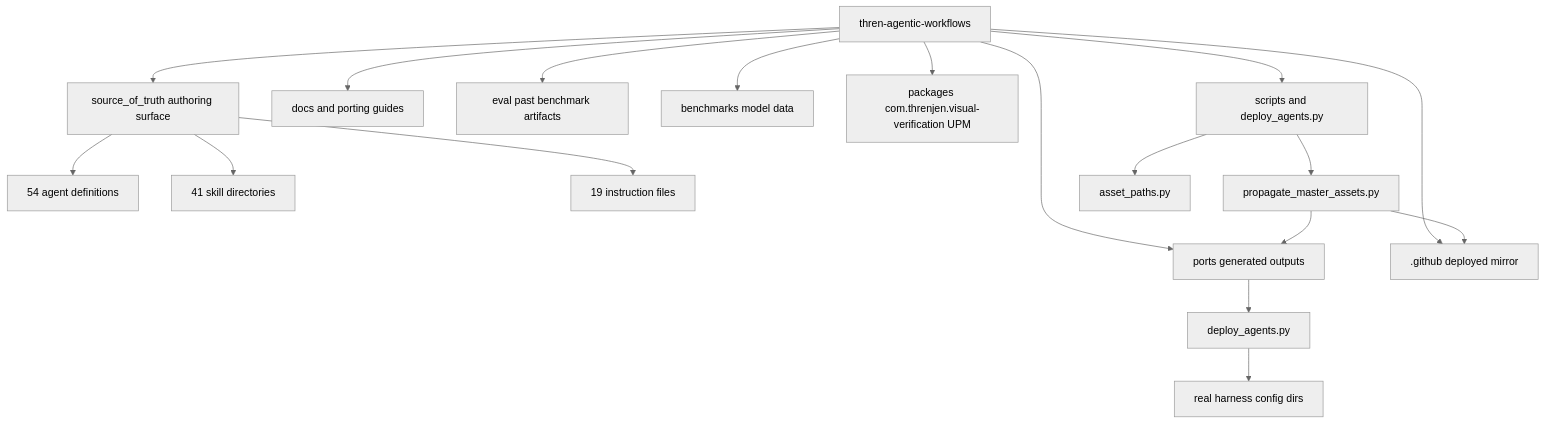
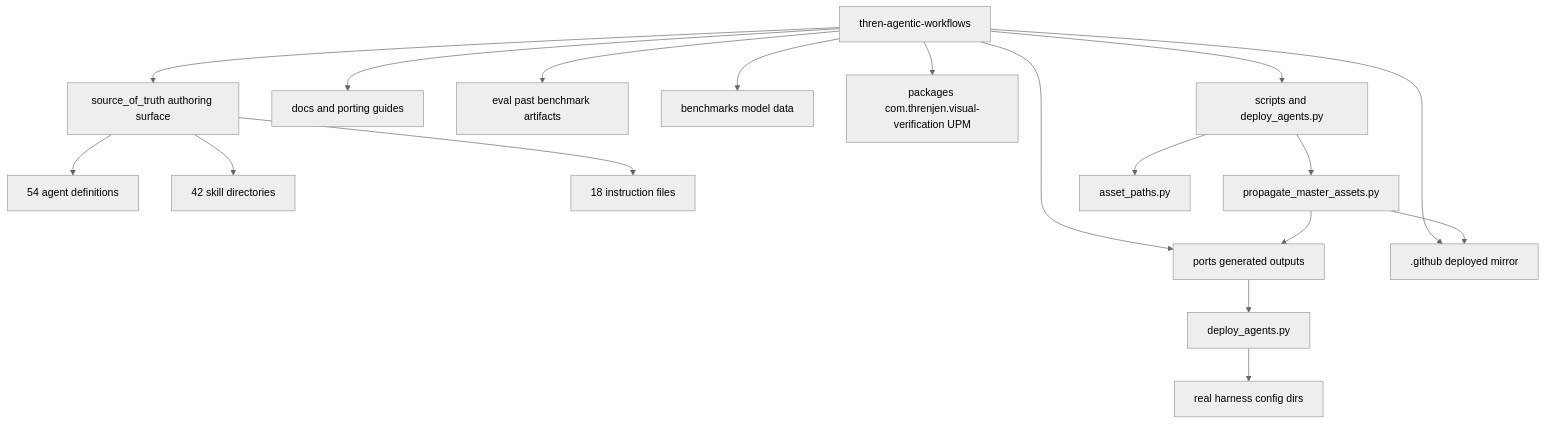
The first of 4 diagrams in docs/ARCHITECTURE.md (threnjen/thren-agentic-workflows), drawn with Mermaid (neutral theme) before and after one commit. The commit also changed other lines of this file and 5 other files, not shown here.

````diff
--- a/docs/ARCHITECTURE.md
+++ b/docs/ARCHITECTURE.md
@@ -23,24 +22,24 @@
 ```mermaid
 flowchart TD
     Root[thren-agentic-workflows]
 
     Root --> SOT[source_of_truth authoring surface]
     Root --> Ports[ports generated outputs]
     Root --> DotGithub[.github deployed mirror]
     Root --> Docs[docs and porting guides]
     Root --> Eval[eval past benchmark artifacts]
     Root --> Bench[benchmarks model data]
     Root --> Pkg[packages com.threnjen.visual-verification UPM]
     Root --> Scripts[scripts and deploy_agents.py]
 
     SOT --> Agents[54 agent definitions]
-    SOT --> Skills[41 skill directories]
-    SOT --> Instructions[19 instruction files]
+    SOT --> Skills[42 skill directories]
+    SOT --> Instructions[18 instruction files]
 
     Scripts --> Propagate[propagate_master_assets.py]
     Scripts --> Shared[asset_paths.py]
     Propagate --> Ports
     Propagate --> DotGithub
     Deploy[deploy_agents.py] --> RealDirs[real harness config dirs]
     Ports --> Deploy
 ```
````
